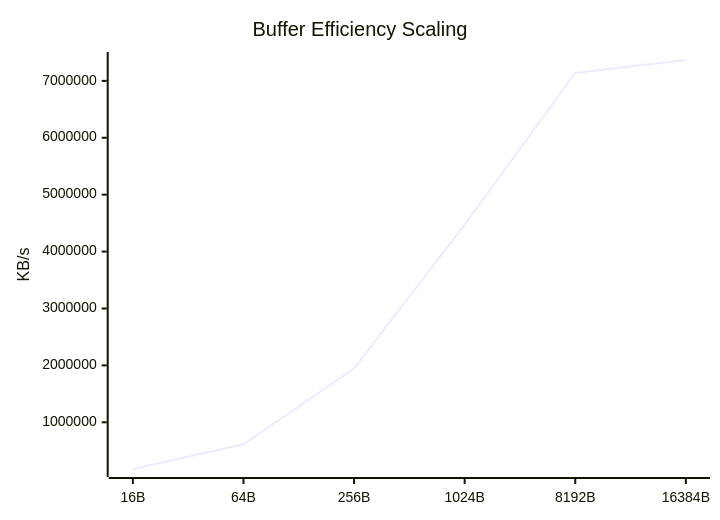
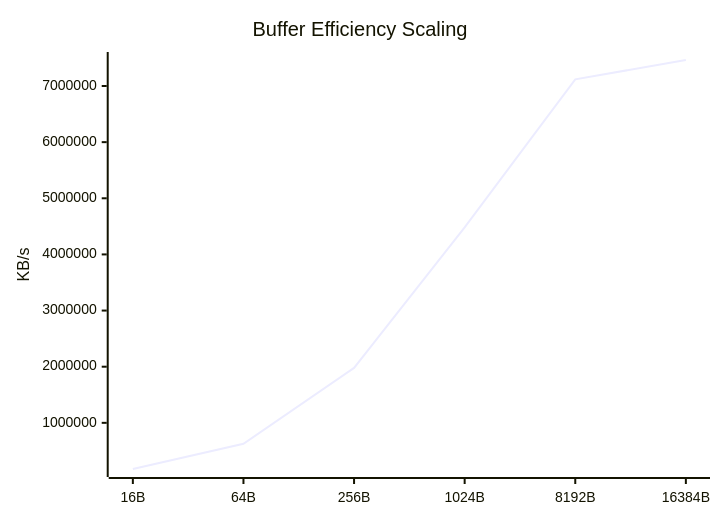
The seventh of 9 diagrams in docs/Comparison_Report.md (taha2samy/openssl_fips), drawn with Mermaid before and after one commit. The commit also changed other lines of this file and 2 other files, not shown here.

````diff
--- a/docs/Comparison_Report.md
+++ b/docs/Comparison_Report.md
@@ -110,7 +110,7 @@
 ```mermaid
 xychart-beta
     title "Buffer Efficiency Scaling"
     x-axis [16B, 64B, 256B, 1024B, 8192B, 16384B]
     y-axis "KB/s"
-    line [179045.94, 612405.7, 1944032.13, 4472564.22, 7138095.1, 7366623.23]
+    line [177801.69, 627336.82, 1978573.18, 4483319.3, 7118364.67, 7463206.91]
 ```
````
